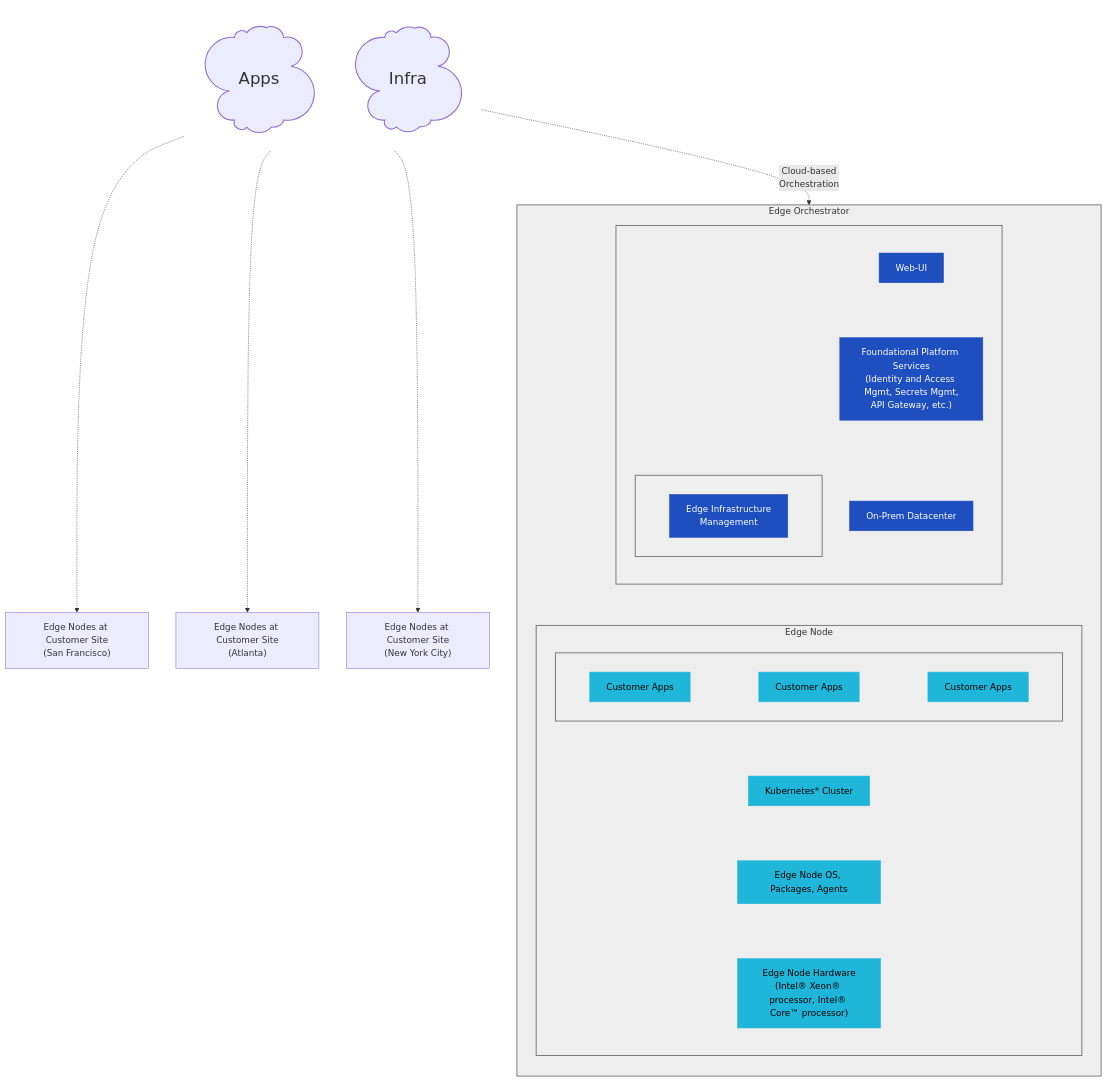
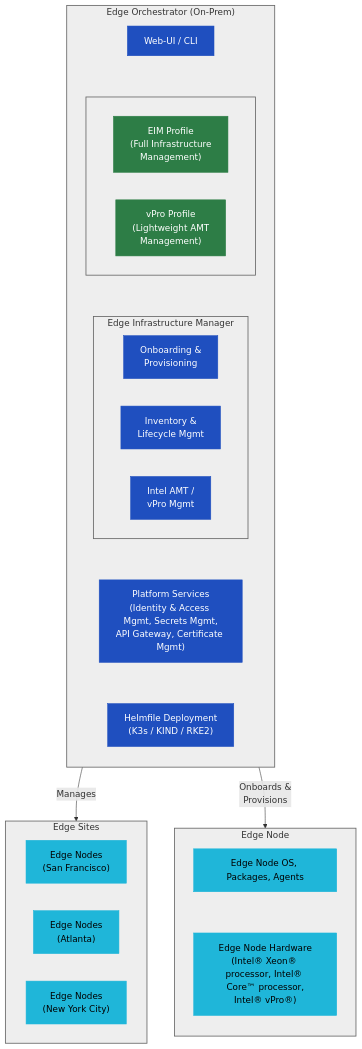
The diagram in README.md (open-edge-platform/edge-manageability-framework), drawn with Mermaid before and after one commit.

````diff
--- a/README.md
+++ b/README.md
@@ -28,83 +28,62 @@
 ```mermaid
 flowchart TD
 
-    %% LEFT: Cloud
-    subgraph Cloud[" "]
-    direction LR
-    APPS@{ shape: cloud, label: "Apps"  } ~~~
-    Infra@{ shape: cloud, label: "Infra"  }
+    subgraph EO["Edge Orchestrator (On-Prem)"]
+        direction TB
+        WebUI[Web-UI / CLI]
+
+        subgraph Profiles[" "]
+            direction LR
+            EIM["EIM Profile<br/>(Full Infrastructure<br>Management)"]
+            VPRO["vPro Profile<br/>(Lightweight AMT<br>Management)"]
+        end
+
+        subgraph InfraMgmt["Edge Infrastructure Manager"]
+            direction LR
+            Onboard["Onboarding &<br>Provisioning"]
+            Inventory["Inventory &<br>Lifecycle Mgmt"]
+            AMT["Intel AMT /<br>vPro Mgmt"]
+        end
+
+        Platform["Platform Services<br/>(Identity & Access Mgmt, Secrets Mgmt,<br/>API Gateway, Certificate Mgmt)"]
+
+        INFRA["Helmfile Deployment<br/>(K3s / KIND / RKE2)"]
     end
 
     %% EDGE SITES
-    SF["Edge Nodes at Customer Site<br>(San Francisco)"]
-    ATL["Edge Nodes at Customer Site<br>(Atlanta)"]
-    NYC["Edge Nodes at Customer Site<br>(New York City)"]
-
-    Cloud -.-> SF
-    Cloud -.-> ATL
-    Cloud -.-> NYC
-
-    %% RIGHT SIDE
-    subgraph EO["Edge Orchestrator"]
-        direction TB
-        subgraph Orch[" "]
-        direction TB
-        WebUI[Web-UI]
-
-        subgraph OrchestrationLayer[" "]
-            direction LR
-            InfraMgmt["Edge Infrastructure<br>Management"] 
-        end
-
-        Platform["Foundational Platform Services<br/>(Identity and Access Mgmt, Secrets Mgmt,<br/>API Gateway, etc.)"]
-
-        INFRA[On-Prem Datacenter]
-end
-        %% EDGE NODE
-
-        subgraph EdgeNode["Edge Node"]
-            direction TB
-            subgraph AppsRow[" "]
-                direction LR
-                CA1[Customer Apps] ~~~
-                CA2[Customer Apps] ~~~
-                CA3[Customer Apps]
-            end
-
-            K8s[Kubernetes* Cluster]
-            OS[Edge Node OS, Packages, Agents]
-            HW["Edge Node Hardware<br/>(Intel® Xeon® processor, Intel® Core™ processor)"]
-
-            %% Invisible ordering inside Edge Node
-            AppsRow ~~~ K8s
-            K8s ~~~ OS
-            OS ~~~ HW
-        end
-        %% Invisible ordering inside EO
-        WebUI ~~~ Orch
-        Orch ~~~ Platform
-        Platform ~~~ INFRA
-        INFRA ~~~ EdgeNode
+    subgraph Sites["Edge Sites"]
+        direction LR
+        SF["Edge Nodes<br>(San Francisco)"]
+        ATL["Edge Nodes<br>(Atlanta)"]
+        NYC["Edge Nodes<br>(New York City)"]
     end
 
+    subgraph EdgeNode["Edge Node"]
+        direction TB
+        OS[Edge Node OS, Packages, Agents]
+        HW["Edge Node Hardware<br/>(Intel® Xeon® processor, Intel® Core™ processor,<br/>Intel® vPro®)"]
+        OS ~~~ HW
+    end
 
-    Cloud -.-> |"Cloud-based<br>Orchestration"|EO
+    %% Connections
+    WebUI ~~~ Profiles
+    Profiles ~~~ InfraMgmt
+    InfraMgmt ~~~ Platform
+    Platform ~~~ INFRA
 
+    EO -->|"Manages"| Sites
+    EO -->|"Onboards &<br>Provisions"| EdgeNode
 
     %% Styling
     classDef grey fill:#eeeeee,stroke:#666,stroke-width:1.5px
-    classDef blue fill:#1f4fbf,color:#fff,stroke:#1f4fbf;
-    classDef lightblue fill:#1fb6d9,color:#000,stroke:#1fb6d9;
-    classDef transparent fill:#00000000,stroke-width:0px;
+    classDef blue fill:#1f4fbf,color:#fff,stroke:#1f4fbf
+    classDef lightblue fill:#1fb6d9,color:#000,stroke:#1fb6d9
+    classDef green fill:#2d7d46,color:#fff,stroke:#2d7d46
 
-    class EO,EdgeNode,AppsRow,Orch,OrchestrationLayer, grey;
-    class WebUI,InfraMgmt,Platform,INFRA blue;
-    class CA1,CA2,CA3,K8s,OS,HW lightblue;
-    class Cloud transparent;
-
-    %% Define the style for big nodes
-    classDef bigNode font-size:30px,stroke-width:2px,padding:10px;
-    
-    %% Apply the style
-    class APPS,Infra bigNode;
+    class EO,Profiles,InfraMgmt,Sites grey
+    class WebUI,Platform,INFRA blue
+    class EIM,VPRO green
+    class Onboard,Inventory,AMT blue
+    class SF,ATL,NYC,OS,HW lightblue
+    class EdgeNode grey
 ```
````
